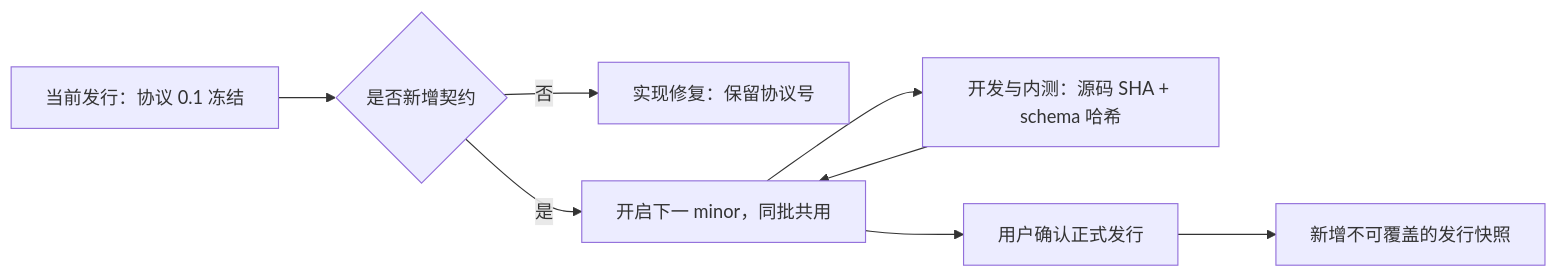
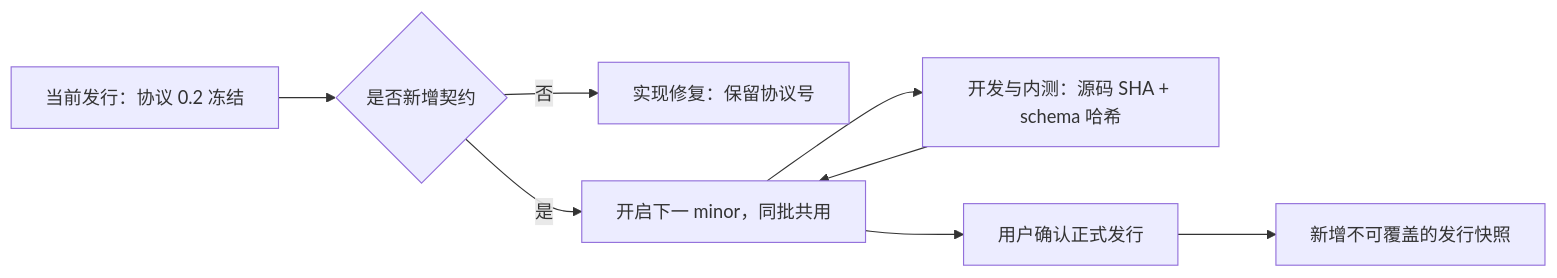
Before and after one commit to virjar/team-talk: the first of 3 diagrams in doc/04-protocol/versioning.md, drawn with Mermaid. The commit also changed other lines of this file and 44 other files, not shown here.

````diff
--- a/doc/04-protocol/versioning.md
+++ b/doc/04-protocol/versioning.md
@@ -45,10 +44,10 @@
 ```mermaid
 flowchart LR
-    Frozen["当前发行：协议 0.1 冻结"] --> New{"是否新增契约"}
+    Frozen["当前发行：协议 0.2 冻结"] --> New{"是否新增契约"}
     New -->|否| Fix["实现修复：保留协议号"]
     New -->|是| Pending["开启下一 minor，同批共用"]
     Pending --> QA["开发与内测：源码 SHA + schema 哈希"]
     QA --> Pending
     Pending --> Approval["用户确认正式发行"]
     Approval --> Next["新增不可覆盖的发行快照"]
 ```
````
